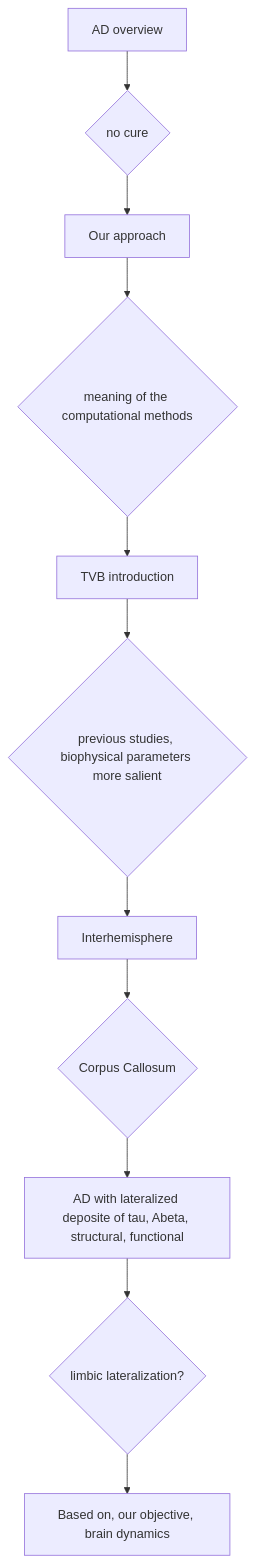
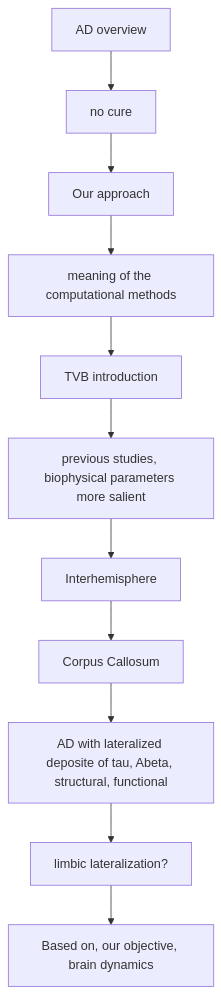
The diagram in alzheimer.md (yilewang/Gc_detect_script), drawn with Mermaid before and after one commit.

Commit message:
replace the symbols

````diff
--- a/alzheimer.md
+++ b/alzheimer.md
@@ -18,13 +18,13 @@
 ```mermaid
 flowchart TD
-	A[AD overview] --> B{no cure};
+	A[AD overview] --> B[no cure];
 	B --> C[Our approach];
-	C --> D{meaning of the computational methods};
+	C --> D[meaning of the computational methods];
 	D --> E[TVB introduction];
-	E --> F{previous studies, biophysical parameters more salient};
+	E --> F[previous studies, biophysical parameters more salient];
 	F --> G[Interhemisphere];
-	G --> H{Corpus Callosum};
+	G --> H[Corpus Callosum];
 	H --> I[AD with lateralized deposite of tau, Abeta, structural, functional];
-	I --> J{limbic lateralization?};
+	I --> J[limbic lateralization?];
 	J --> K[Based on, our objective, brain dynamics];
 ```
````
